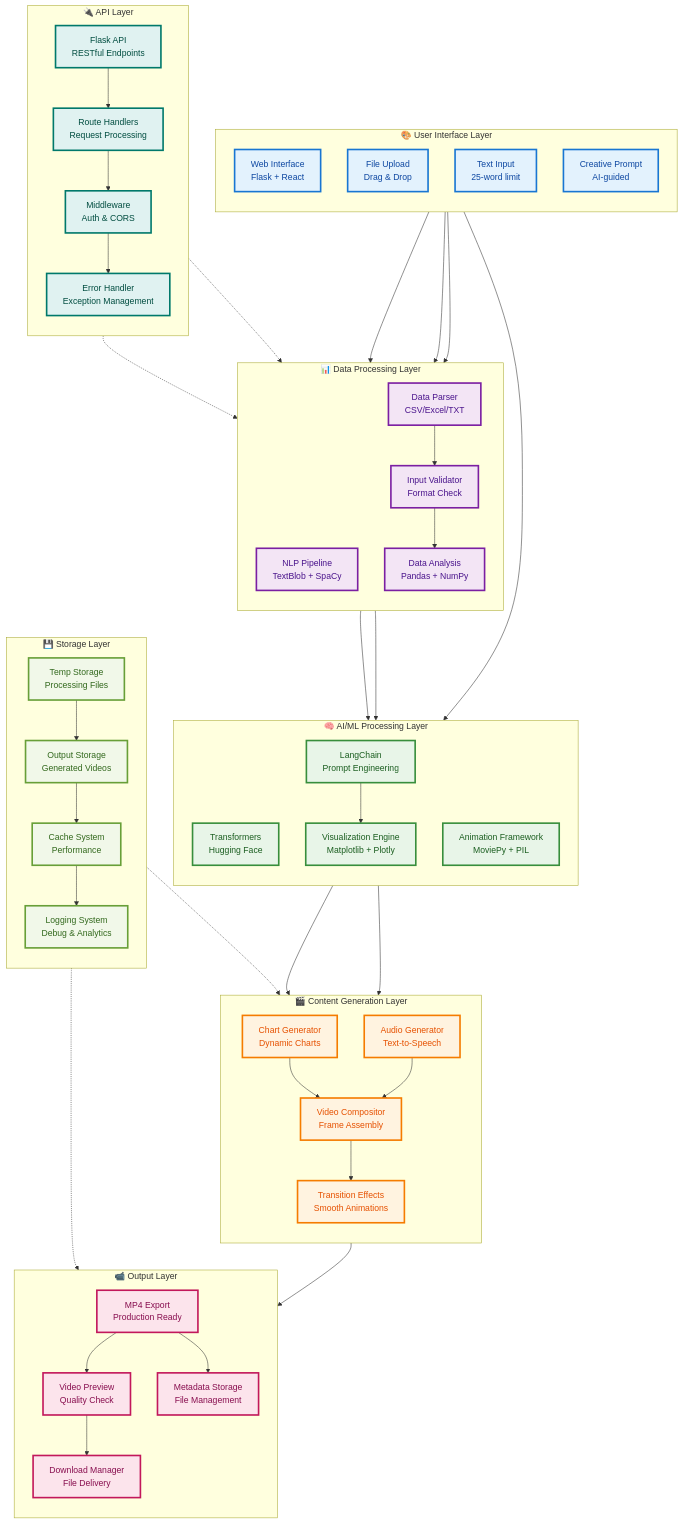
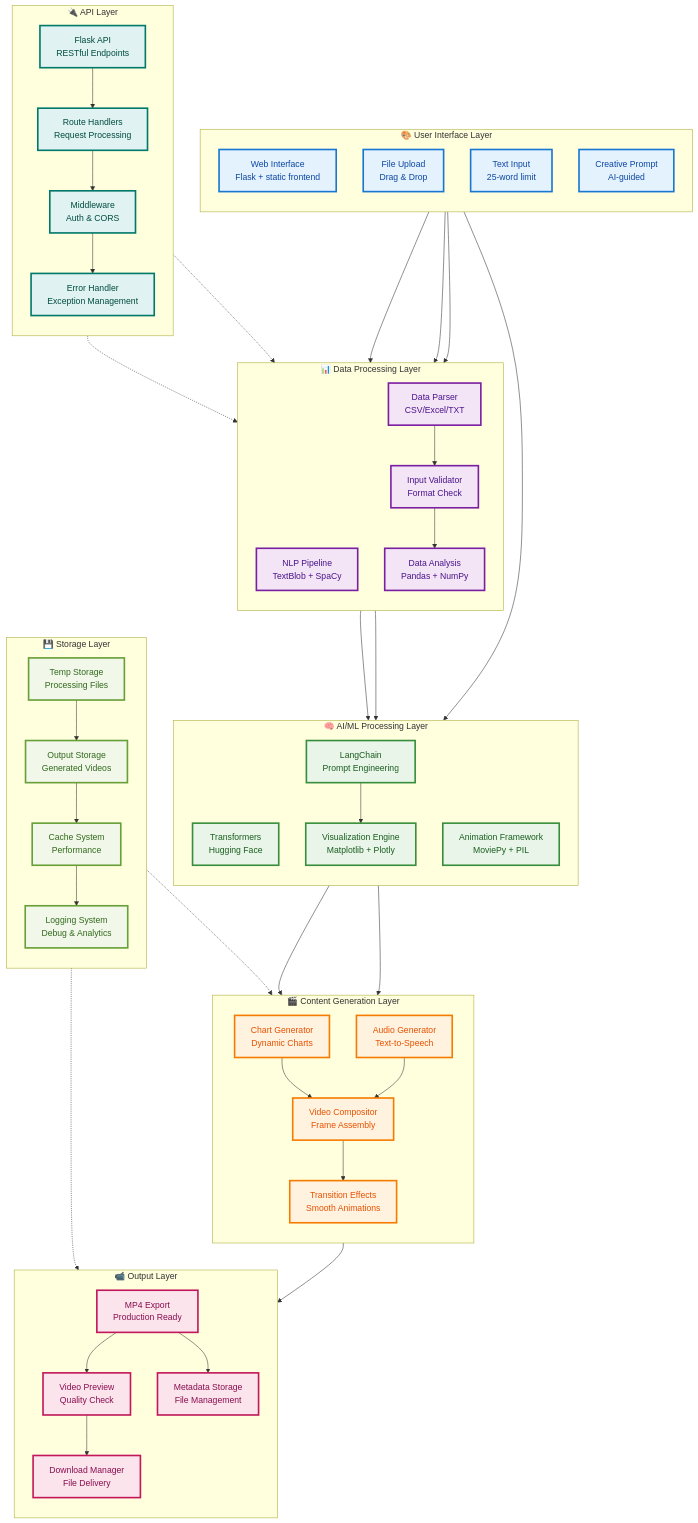
The diagram in README.md (Blacksujit/100X-Engineers-GenAI-Hackathon-Submission), drawn with Mermaid before and after one commit.

Commit message:
architecture updated ✅✅

```diff
--- a/README.md
+++ b/README.md
@@ -280,7 +280,7 @@
     %% User Input Layer
     subgraph UI ["🎨 User Interface Layer"]
         direction TB
-        UI_WEB[Web Interface<br/>Flask + React]
+        UI_WEB[Web Interface<br/>Flask + static frontend]
         UI_UPLOAD[File Upload<br/>Drag & Drop]
         UI_TEXT[Text Input<br/>25-word limit]
         UI_PROMPT[Creative Prompt<br/>AI-guided]
```
